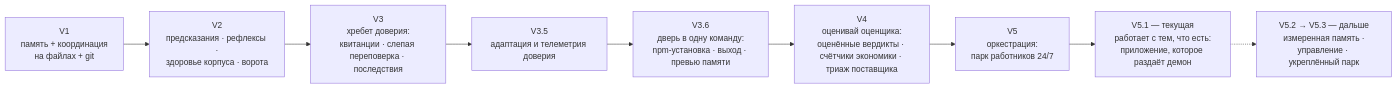
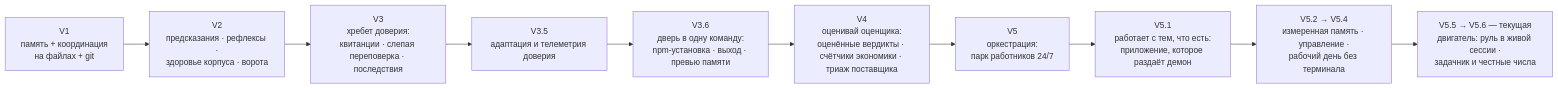
Before and after one commit to sma-framework/sma: diagram 24 of 24 in docs/DETAILS.ru.md, drawn with Mermaid. The commit also changed other lines of this file and 1 other file, not shown here.

````diff
--- a/docs/DETAILS.ru.md
+++ b/docs/DETAILS.ru.md
@@ -914,11 +1144,12 @@
 ```mermaid
 flowchart LR
     V1["V1<br>память + координация<br>на файлах + git"] --> V2["V2<br>предсказания · рефлексы ·<br>здоровье корпуса · ворота"]
     V2 --> V3["V3<br>хребет доверия:<br>квитанции · слепая переповерка · последствия"]
     V3 --> V35["V3.5<br>адаптация и телеметрия доверия"]
     V35 --> V36["V3.6<br>дверь в одну команду:<br>npm-установка · выход · превью памяти"]
     V36 --> V4["V4<br>оценивай оценщика:<br>оценённые вердикты · счётчики экономики · триаж поставщика"]
     V4 --> V5["V5<br>оркестрация:<br>парк работников 24/7"]
-    V5 --> V51["V5.1 — текущая<br>работает с тем, что есть:<br>приложение, которое раздаёт демон"]
-    V51 -.-> V52["V5.2 → V5.3 — дальше<br>измеренная память ·<br>управление · укреплённый парк"]
+    V5 --> V51["V5.1<br>работает с тем, что есть:<br>приложение, которое раздаёт демон"]
+    V51 --> V52["V5.2 → V5.4<br>измеренная память · управление ·<br>рабочий день без терминала"]
+    V52 --> V55["V5.5 → V5.6 — текущая<br>двигатель: руль в живой сессии ·<br>задачник и честные числа"]
 ```
````
